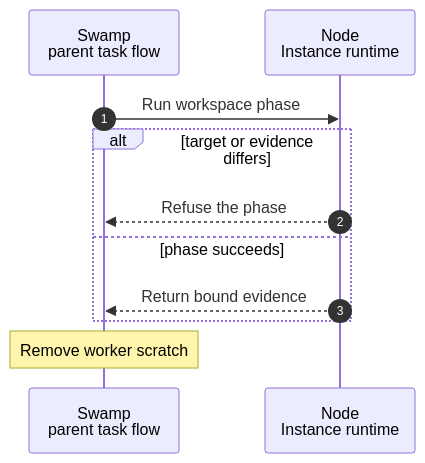
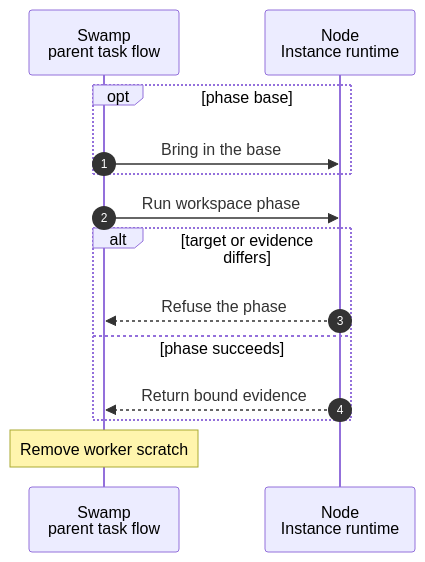
The diagram in docs/cli/task/instance-workspace.mmd (hardimpactdev/orbit), drawn with Mermaid before and after one commit. The commit also changed 1 other file, not shown here.

Commit message:
feat(swamp): the workspace child takes the sync's read credential for the base phase
task-instance-workspace gains an optional git_credential vault descriptor
and the step "Bring in the base", which runs the playbook's base phase
with the credential as one whole vault value in its environment. Every
other phase keeps "Run workspace phase", which never reads it. The intent
schema adds the default branch, repository, mirrors and start of a copy
sync; head stays required by the phase assertion where it matters.

```diff
--- a/docs/cli/task/instance-workspace.mmd
+++ b/docs/cli/task/instance-workspace.mmd
@@ -1,29 +1,38 @@
 sequenceDiagram
   %% Target design: docs/reference/task-instance-workspace.md. Internal child phases only; no public container task admission.
   %% status: draft
   %% command: internal task Instance workspace phase
   %% kind: tasks.instance_workspace
   autonumber
   %% lane SW icon=workflow pill=executes tone=green
   %% lane N icon=server pill=target tone=amber
   participant SW as Swamp<br/>parent task flow
   participant N as Node<br/>Instance runtime
+  opt phase base
+    SW->>N: Bring in the base
+    %%> Why:
+    %%> - the one step with the read credential, a whole vault value in its environment; every other phase runs without it
+    %%> On the Node:
+    %%> - Ansible writes the credential to a 0600 file for one fetch into the copy's mirror and removes it in `always`
+  end
   SW->>N: Run workspace phase
+  %%> When:
+  %%> - every phase but base
   %%> Inputs:
   %%> - recorded Incus project and name, expected branch and head, snapshot identity and phase
   %%> - preflight returns the checkout identity; later calls must match it
   %%> Phases:
   %%> - preflight, before, after, receipt, export or discard
   %%> - check, commit or commit-ref, only from the task check child; they need no expected head
   %%> - base and base-cleanup, only from `task:sync`: base fetches the default branch into the copy's Node mirror with a run-scoped credential file that never enters the container, and imports only what the copy lacks into `refs/remotes/origin/<default>`; base-cleanup removes the credential file and the bundles after success, failure or cancel
   %%> - Ansible runs workspace commands as agent in /srv/workspace; Incus stdin is closed
   alt target or evidence differs
     N-->>SW: Refuse the phase
     %%> A missing project, replaced checkout, different candidate or stale receipt refuses. Retain evidence for diagnosis.
   else phase succeeds
     N-->>SW: Return bound evidence
     %%> Snapshot trees use a temporary index. Export leaves a verified bundle in Node-owned scratch for its caller.
     %%> A check returns exit codes and Git evidence; its command output reaches only the private worker folder.
   end
   Note over SW: Remove worker scratch
   %%> Native cleanup follows success or failure. The parent discards guest snapshots only after all work that uses them has stopped, and removes the exported Node scratch after use.
```
